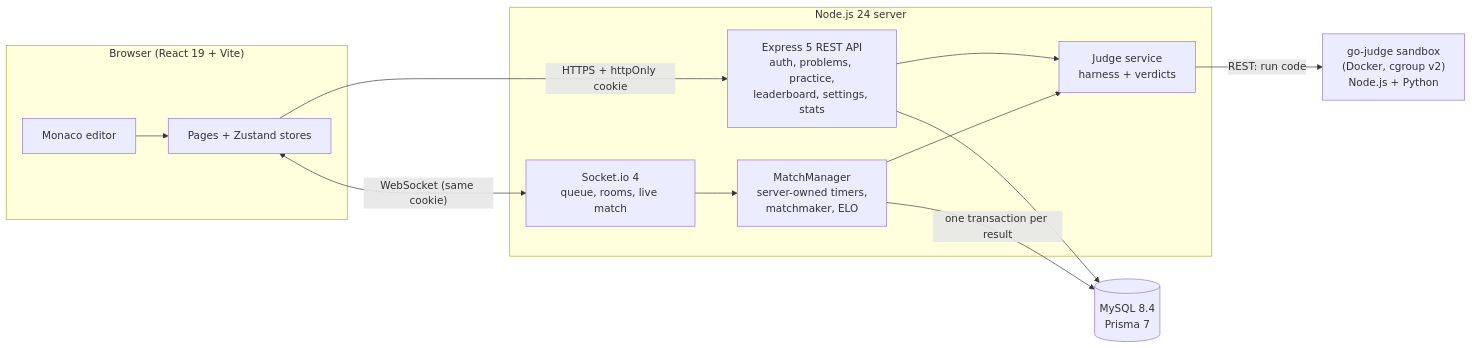
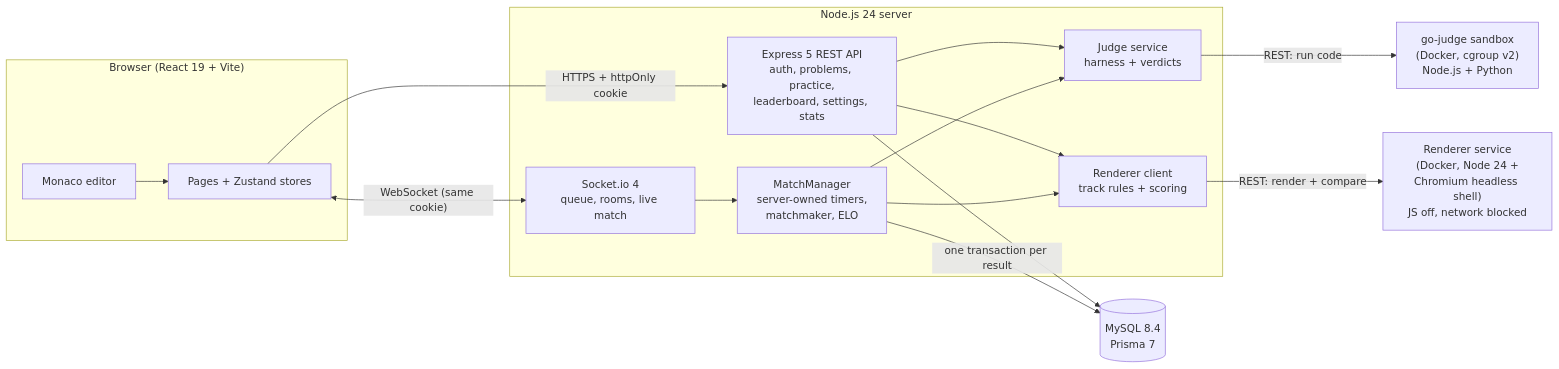
Before and after one commit to ElFarisssaid19/code-duel: the diagram in README.md, drawn with Mermaid. The commit also changed other lines of this file and 108 other files, not shown here.

````diff
--- a/README.md
+++ b/README.md
@@ -65,27 +87,32 @@
 ```mermaid
 flowchart LR
   subgraph Browser["Browser (React 19 + Vite)"]
     UI["Pages + Zustand stores"]
     ED["Monaco editor"]
   end
 
   subgraph Server["Node.js 24 server"]
     API["Express 5 REST API<br/>auth, problems, practice,<br/>leaderboard, settings, stats"]
     WS["Socket.io 4<br/>queue, rooms, live match"]
     MM["MatchManager<br/>server-owned timers,<br/>matchmaker, ELO"]
     JG["Judge service<br/>harness + verdicts"]
+    RS["Renderer client<br/>track rules + scoring"]
   end
 
   DB[("MySQL 8.4<br/>Prisma 7")]
   SB["go-judge sandbox<br/>(Docker, cgroup v2)<br/>Node.js + Python"]
+  RD["Renderer service<br/>(Docker, Node 24 +<br/>Chromium headless shell)<br/>JS off, network blocked"]
 
   UI -- "HTTPS + httpOnly cookie" --> API
   UI <-- "WebSocket (same cookie)" --> WS
   ED --> UI
   WS --> MM
   API --> JG
   MM --> JG
   JG -- "REST: run code" --> SB
+  API --> RS
+  MM --> RS
+  RS -- "REST: render + compare" --> RD
   API --> DB
   MM -- "one transaction per result" --> DB
 ```
````
